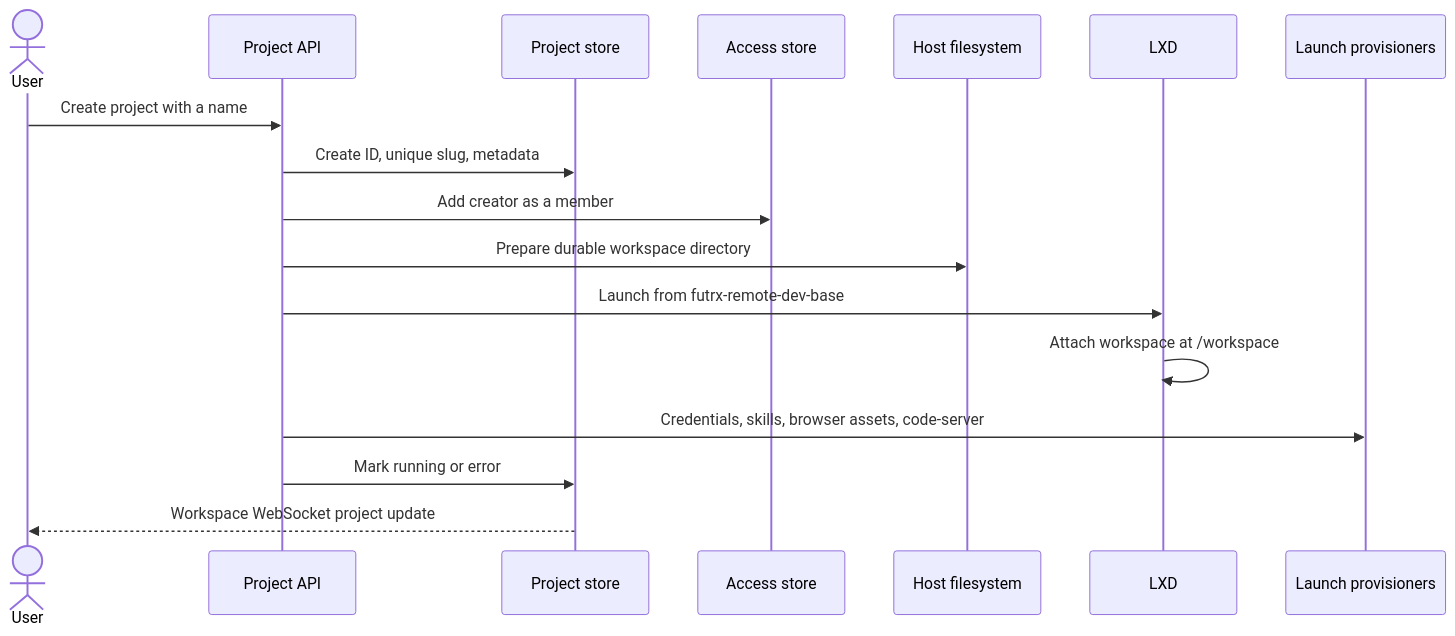
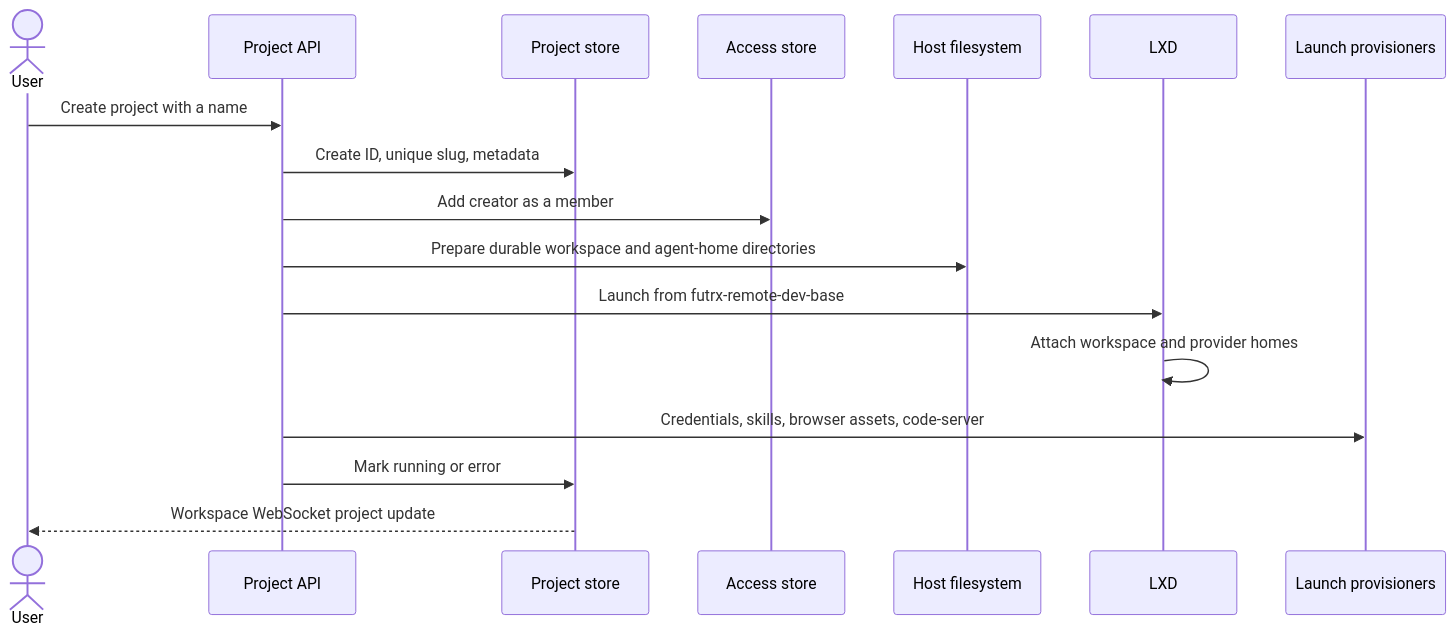
One commit to AbdallahMohamedDotnet/remote.futrx changed the first of 5 diagrams in docs/02-workspaces/03-projects-and-containers.md. Above: the diagram before and after it, drawn with Mermaid. The commit also changed other lines of this file and 100 other files, not shown here.

````diff
--- a/docs/02-workspaces/03-projects-and-containers.md
+++ b/docs/02-workspaces/03-projects-and-containers.md
@@ -7,20 +7,20 @@
 ```mermaid
 sequenceDiagram
     actor User
     participant API as Project API
     participant Store as Project store
     participant Access as Access store
     participant Files as Host filesystem
     participant LXD
     participant Provision as Launch provisioners
 
     User->>API: Create project with a name
     API->>Store: Create ID, unique slug, metadata
     API->>Access: Add creator as a member
-    API->>Files: Prepare durable workspace directory
+    API->>Files: Prepare durable workspace and agent-home directories
     API->>LXD: Launch from futrx-remote-dev-base
-    LXD->>LXD: Attach workspace at /workspace
+    LXD->>LXD: Attach workspace and provider homes
     API->>Provision: Credentials, skills, browser assets, code-server
     API->>Store: Mark running or error
     Store-->>User: Workspace WebSocket project update
 ```
````
